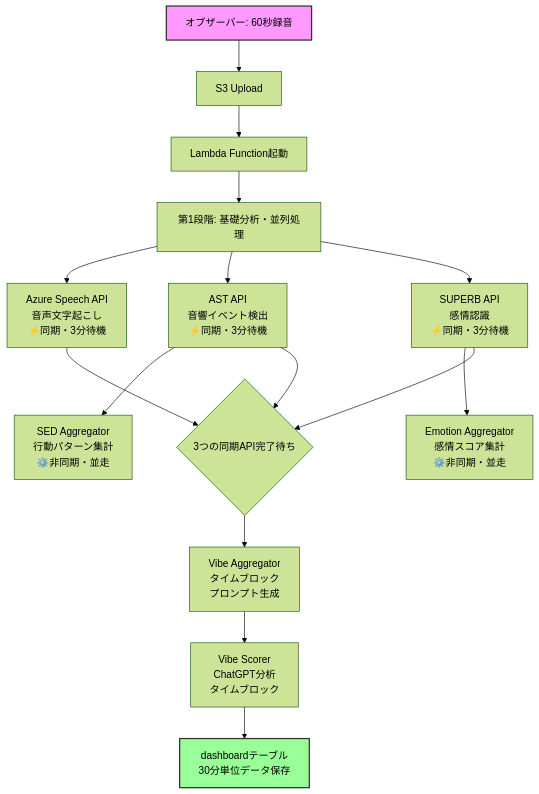
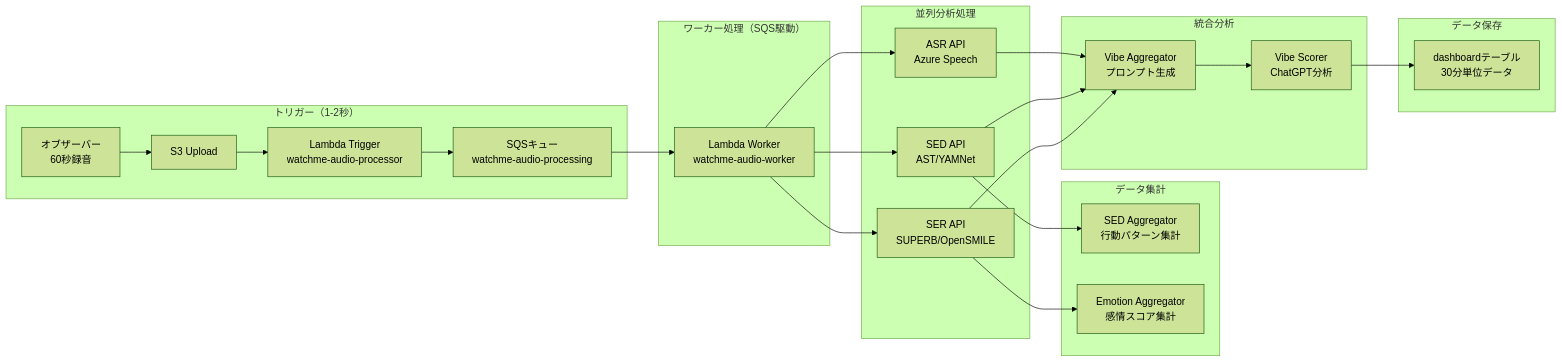
Before and after one commit to hey-watchme/server-configs: the first of 2 diagrams in PROCESSING_ARCHITECTURE.md, drawn with Mermaid (forest theme). The commit also changed other lines of this file and 12 other files, not shown here.

````diff
--- a/PROCESSING_ARCHITECTURE.md
+++ b/PROCESSING_ARCHITECTURE.md
@@ -34,26 +38,34 @@
 ```mermaid
-graph TD
-    A[オブザーバー: 60秒録音] --> B[S3 Upload]
-    B --> C[Lambda Function起動]
+graph LR
+    subgraph "トリガー（1-2秒）"
+        A[オブザーバー<br/>60秒録音] --> B[S3 Upload]
+        B --> C[Lambda Trigger<br/>watchme-audio-processor]
+        C --> D[SQSキュー<br/>watchme-audio-processing]
+    end
     
-    C --> D[第1段階: 基礎分析・並列処理]
+    subgraph "ワーカー処理（SQS駆動）"
+        D --> E[Lambda Worker<br/>watchme-audio-worker]
+    end
     
-    D --> E[Azure Speech API<br/>音声文字起こし<br/>⚡同期・3分待機]
-    D --> F[AST API<br/>音響イベント検出<br/>⚡同期・3分待機]
-    D --> G[SUPERB API<br/>感情認識<br/>⚡同期・3分待機]
+    subgraph "並列分析処理"
+        E --> F1[ASR API<br/>Azure Speech]
+        E --> F2[SED API<br/>AST/YAMNet]
+        E --> F3[SER API<br/>SUPERB/OpenSMILE]
+    end
     
-    F --> I[SED Aggregator<br/>行動パターン集計<br/>⚙️非同期・並走]
-    G --> J[Emotion Aggregator<br/>感情スコア集計<br/>⚙️非同期・並走]
+    subgraph "データ集計"
+        F2 --> G1[SED Aggregator<br/>行動パターン集計]
+        F3 --> G2[Emotion Aggregator<br/>感情スコア集計]
+    end
     
-    E --> W{3つの同期API完了待ち}
-    F --> W
-    G --> W
+    subgraph "統合分析"
+        F1 --> H[Vibe Aggregator<br/>プロンプト生成]
+        F2 --> H
+        F3 --> H
+        H --> I[Vibe Scorer<br/>ChatGPT分析]
+    end
     
-    W --> K[Vibe Aggregator<br/>タイムブロック<br/>プロンプト生成]
-    
-    K --> L[Vibe Scorer<br/>ChatGPT分析<br/>タイムブロック]
-    L --> T[dashboardテーブル<br/>30分単位データ保存]
-    
-    style A fill:#f9f,stroke:#333,stroke-width:2px
-    style T fill:#9f9,stroke:#333,stroke-width:2px
+    subgraph "データ保存"
+        I --> J[dashboardテーブル<br/>30分単位データ]
+    end
 ```
````
